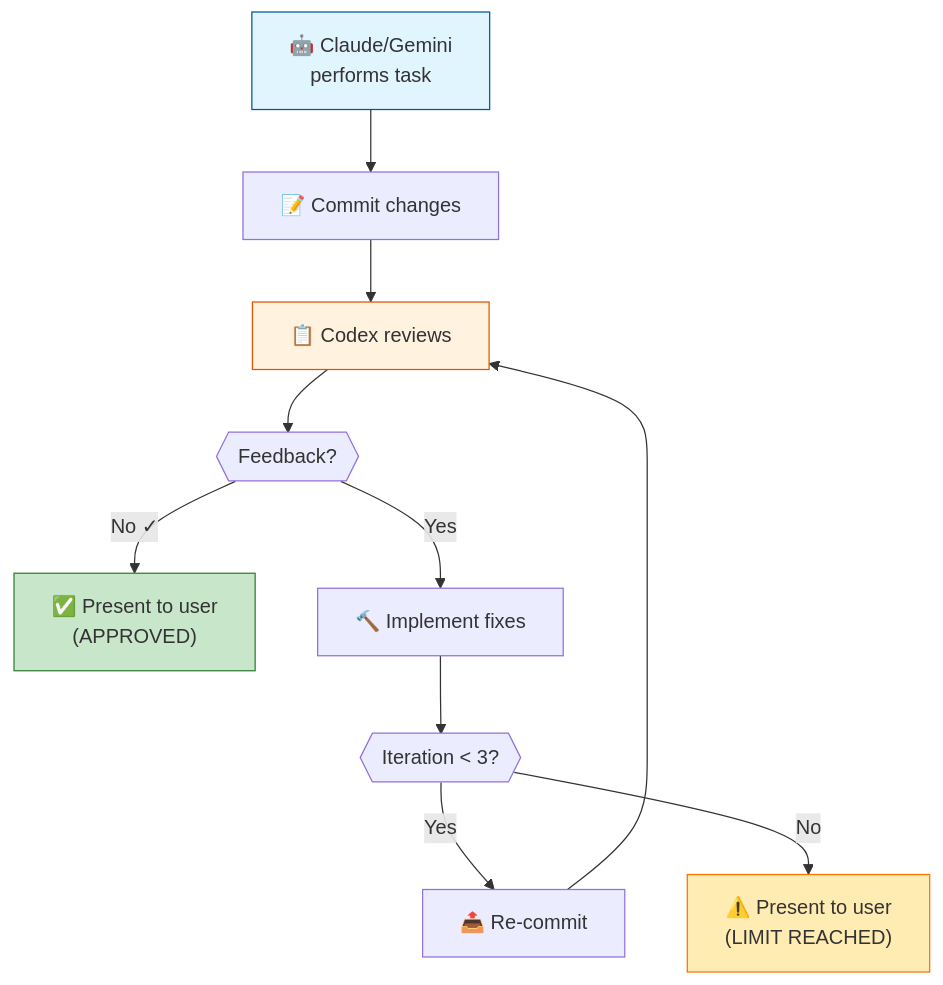
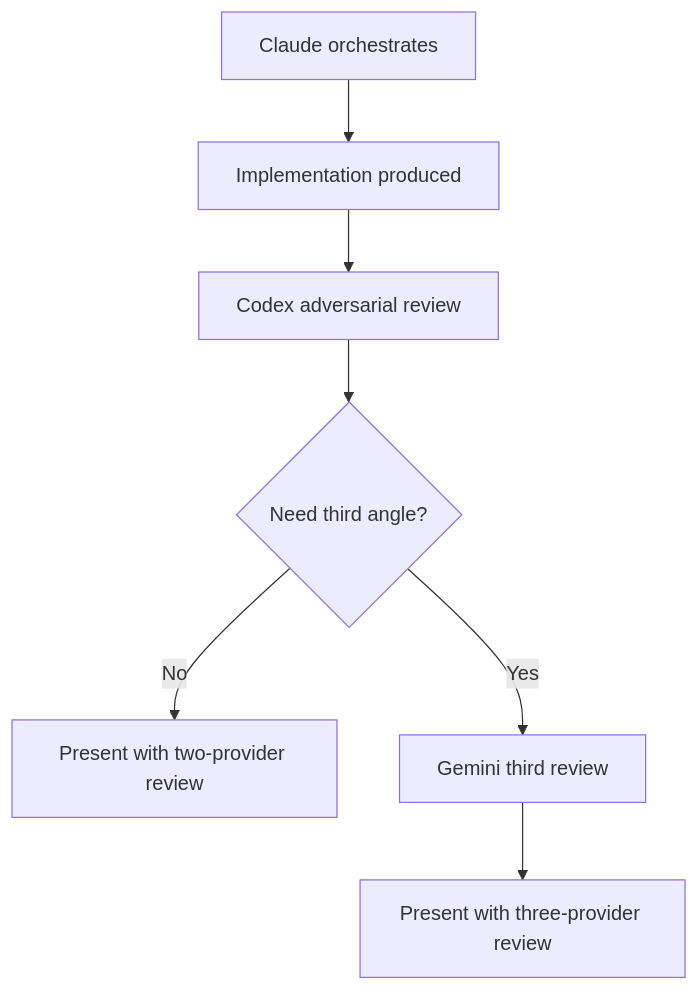
One commit to vamseeachanta/workspace-hub changed the diagram in docs/modules/ai/AI_AGENT_GUIDELINES.md. Above: the diagram before and after it, drawn with Mermaid. The commit also changed other lines of this file and 7 other files, not shown here.

````diff
--- a/docs/modules/ai/AI_AGENT_GUIDELINES.md
+++ b/docs/modules/ai/AI_AGENT_GUIDELINES.md
@@ -27,17 +28,9 @@
 ```mermaid
 flowchart TD
-    A["🤖 Claude/Gemini<br/>performs task"] --> B["📝 Commit changes"]
-    B --> C["📋 Codex reviews"]
-    C --> D{{"Feedback?"}}
-    D -->|"No ✓"| E["✅ Present to user<br/>(APPROVED)"]
-    D -->|"Yes"| F["🔨 Implement fixes"]
-    F --> G{{"Iteration < 3?"}}
-    G -->|"Yes"| H["📤 Re-commit"]
-    H --> C
-    G -->|"No"| I["⚠️ Present to user<br/>(LIMIT REACHED)"]
-
-    style A fill:#e1f5fe,stroke:#01579b
-    style C fill:#fff3e0,stroke:#e65100
-    style E fill:#c8e6c9,stroke:#2e7d32
-    style I fill:#ffecb3,stroke:#ff6f00
+    A["Claude orchestrates"] --> B["Implementation produced"]
+    B --> C["Codex adversarial review"]
+    C --> D{"Need third angle?"}
+    D -->|"No"| E["Present with two-provider review"]
+    D -->|"Yes"| F["Gemini third review"]
+    F --> G["Present with three-provider review"]
 ```
````
